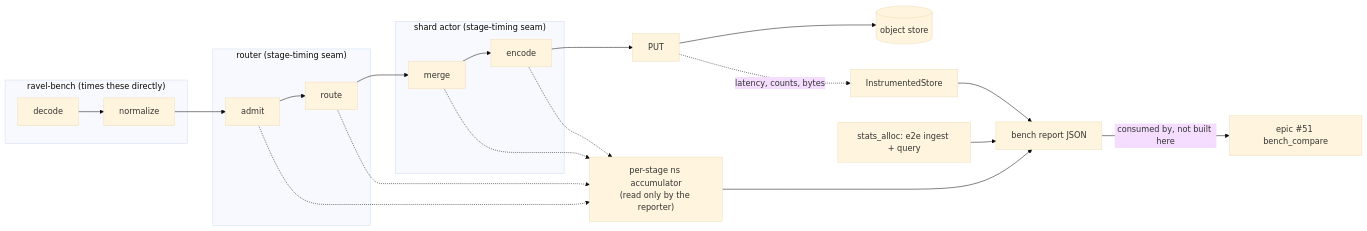
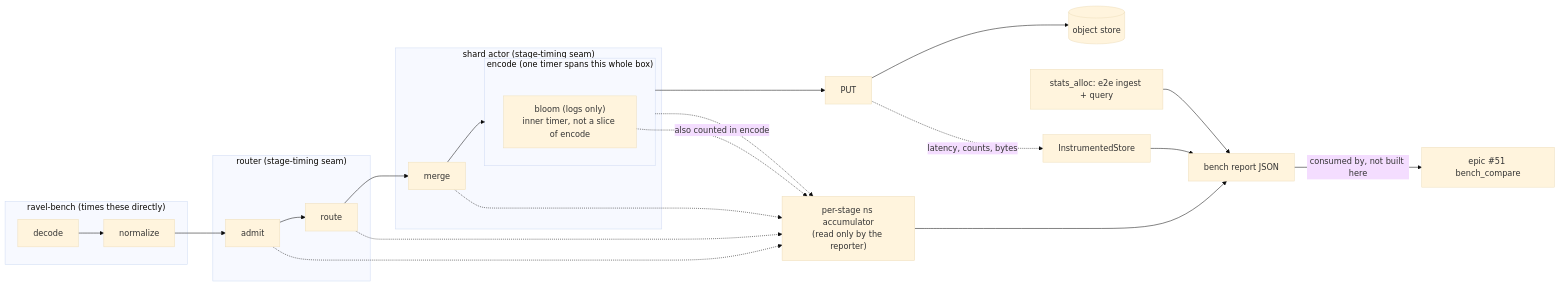
Before and after one commit to NOFireAI/ravel: the diagram in docs/adrs/0104-ingest-profiling-and-baselines.md, drawn with Mermaid (base theme). The commit also changed other lines of this file and 4 other files, not shown here.

````diff
--- a/docs/adrs/0104-ingest-profiling-and-baselines.md
+++ b/docs/adrs/0104-ingest-profiling-and-baselines.md
@@ -239,25 +261,29 @@
 ```mermaid
 flowchart LR
     subgraph harness["ravel-bench (times these directly)"]
         DEC[decode] --> NORM[normalize]
     end
     NORM --> ADM
     subgraph router["router (stage-timing seam)"]
         ADM[admit] --> RTE[route]
     end
     RTE --> MRG
     subgraph actor["shard actor (stage-timing seam)"]
-        MRG[merge] --> ENC[encode]
+        MRG[merge] --> ENC
+        subgraph ENC["encode (one timer spans this whole box)"]
+            BLM["bloom (logs only)<br/>inner timer, not a slice of encode"]
+        end
     end
     ENC --> PUT[PUT]
     PUT --> STORE[(object store)]
     PUT -.->|"latency, counts, bytes"| INST[InstrumentedStore]
     ADM -.-> ACC["per-stage ns accumulator<br/>(read only by the reporter)"]
     RTE -.-> ACC
     MRG -.-> ACC
     ENC -.-> ACC
+    BLM -.->|"also counted in encode"| ACC
     ACC --> REP[bench report JSON]
     INST --> REP
     ALLOC["stats_alloc: e2e ingest + query"] --> REP
     REP -->|"consumed by, not built here"| CMP["epic #51 bench_compare"]
 ```
````
